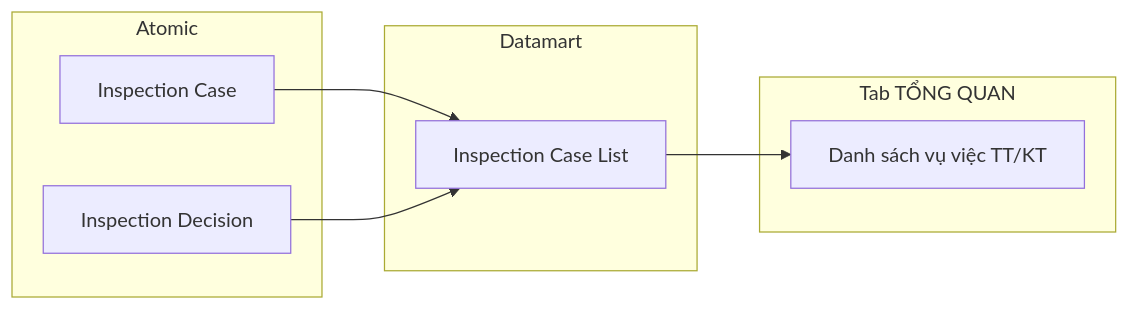
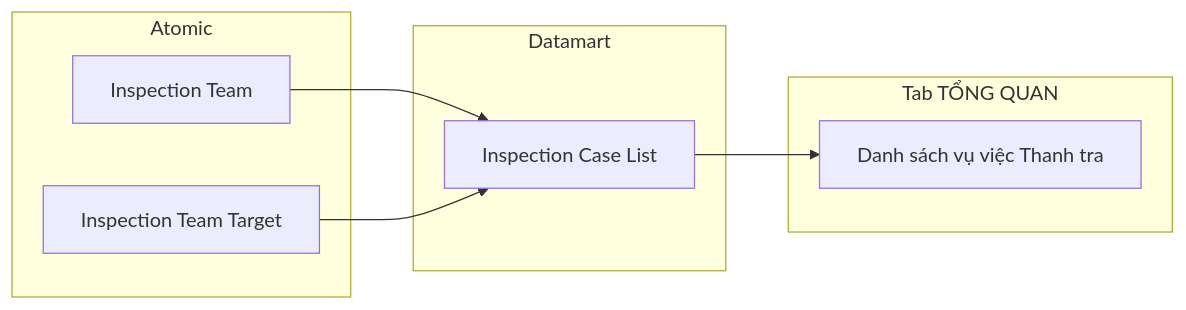
Before and after one commit to linhlvit/ubck_atomic_design: diagram 19 of 43 in Datamart/hld/DTM_TT_HLD.md, drawn with Mermaid. The commit also changed other lines of this file and 9 other files, not shown here.

````diff
--- a/Datamart/hld/DTM_TT_HLD.md
+++ b/Datamart/hld/DTM_TT_HLD.md
@@ -448,16 +650,16 @@
 ```mermaid
 flowchart LR
     subgraph SIL["Atomic"]
-        SV1["Inspection Case"]
-        SV2["Inspection Decision"]
+        SV1["Inspection Team"]
+        SV2["Inspection Team Target"]
     end
     subgraph Datamart["Datamart"]
         G1["Inspection Case List"]
     end
     subgraph RPT["Tab TỔNG QUAN"]
-        R1["Danh sách vụ việc TT/KT"]
+        R1["Danh sách vụ việc Thanh tra"]
     end
     SV1 --> G1
     SV2 --> G1
     G1 --> R1
 ```
````
